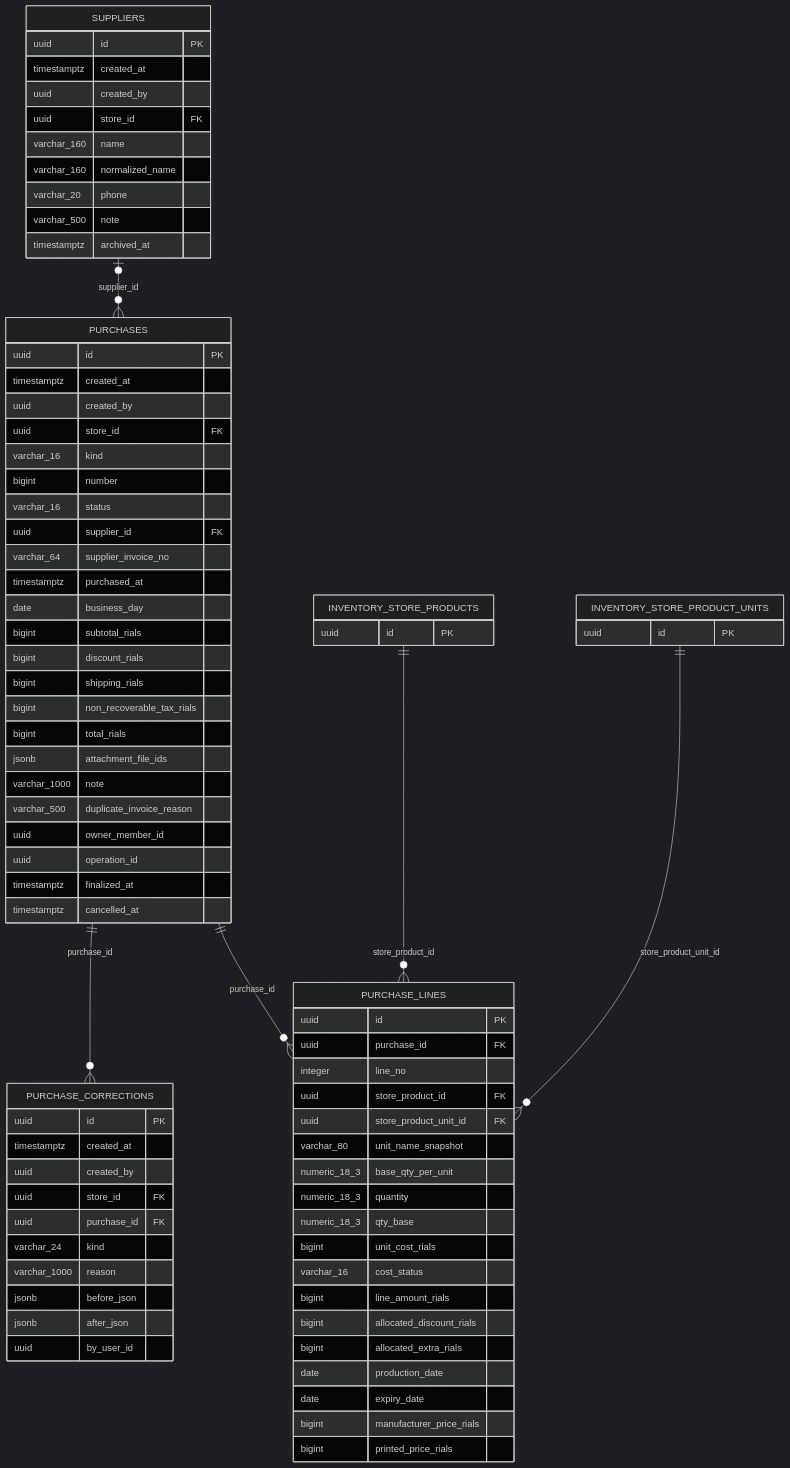
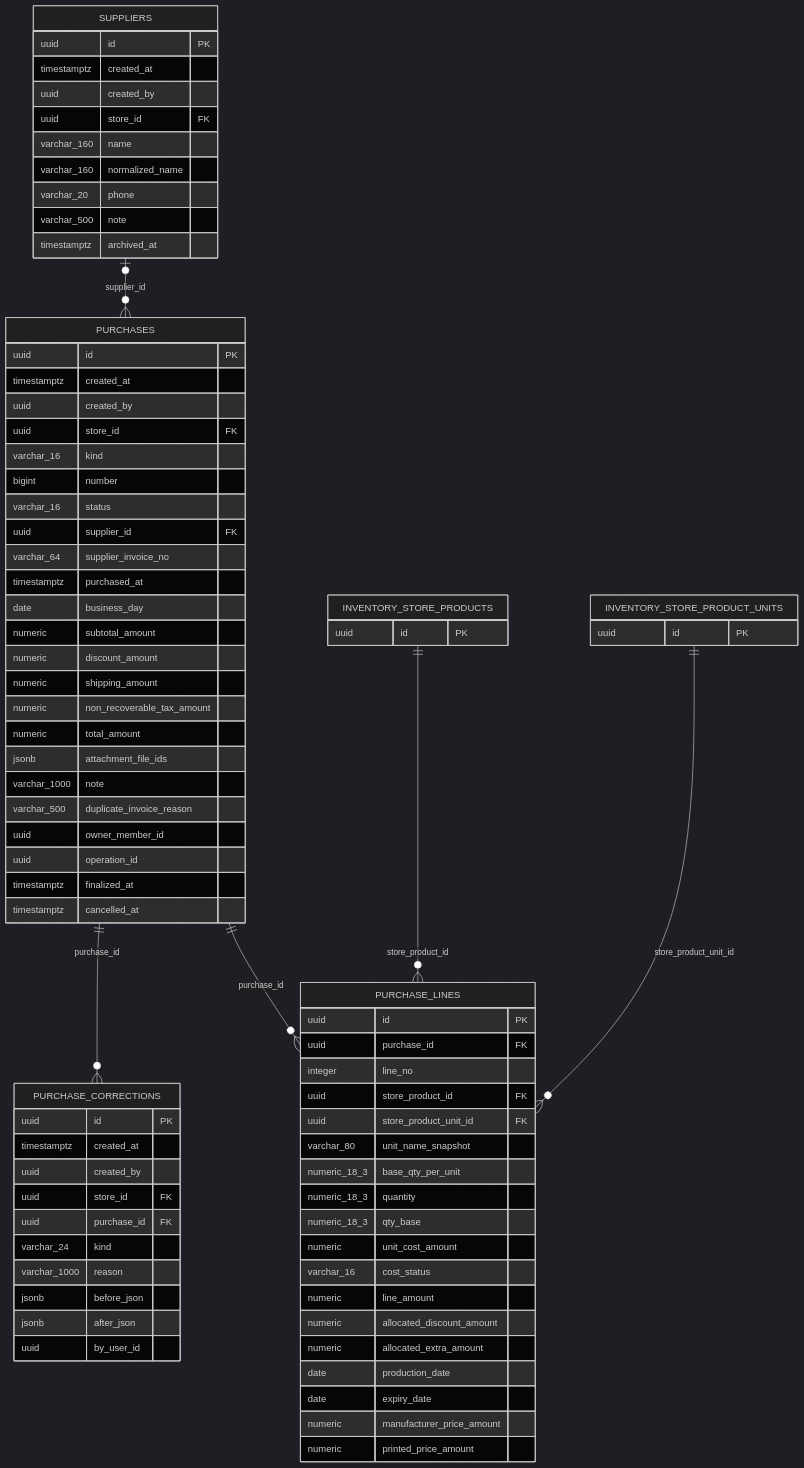
The fifth of 13 diagrams in docs/reference/backend/database.md (arefzamani9971/2kni-front-end), drawn with Mermaid (dark theme) before and after one commit. The commit also changed other lines of this file and 44 other files, not shown here.

````diff
--- a/docs/reference/backend/database.md
+++ b/docs/reference/backend/database.md
@@ -1233,82 +1233,82 @@
 ```mermaid
 erDiagram
     SUPPLIERS {
         uuid id PK
         timestamptz created_at
         uuid created_by
         uuid store_id FK
         varchar_160 name
         varchar_160 normalized_name
         varchar_20 phone
         varchar_500 note
         timestamptz archived_at
     }
     PURCHASES {
         uuid id PK
         timestamptz created_at
         uuid created_by
         uuid store_id FK
         varchar_16 kind
         bigint number
         varchar_16 status
         uuid supplier_id FK
         varchar_64 supplier_invoice_no
         timestamptz purchased_at
         date business_day
-        bigint subtotal_rials
-        bigint discount_rials
-        bigint shipping_rials
-        bigint non_recoverable_tax_rials
-        bigint total_rials
+        numeric subtotal_amount
+        numeric discount_amount
+        numeric shipping_amount
+        numeric non_recoverable_tax_amount
+        numeric total_amount
         jsonb attachment_file_ids
         varchar_1000 note
         varchar_500 duplicate_invoice_reason
         uuid owner_member_id
         uuid operation_id
         timestamptz finalized_at
         timestamptz cancelled_at
     }
     PURCHASE_LINES {
         uuid id PK
         uuid purchase_id FK
         integer line_no
         uuid store_product_id FK
         uuid store_product_unit_id FK
         varchar_80 unit_name_snapshot
         numeric_18_3 base_qty_per_unit
         numeric_18_3 quantity
         numeric_18_3 qty_base
-        bigint unit_cost_rials
+        numeric unit_cost_amount
         varchar_16 cost_status
-        bigint line_amount_rials
-        bigint allocated_discount_rials
-        bigint allocated_extra_rials
+        numeric line_amount
+        numeric allocated_discount_amount
+        numeric allocated_extra_amount
         date production_date
         date expiry_date
-        bigint manufacturer_price_rials
-        bigint printed_price_rials
+        numeric manufacturer_price_amount
+        numeric printed_price_amount
     }
     PURCHASE_CORRECTIONS {
         uuid id PK
         timestamptz created_at
         uuid created_by
         uuid store_id FK
         uuid purchase_id FK
         varchar_24 kind
         varchar_1000 reason
         jsonb before_json
         jsonb after_json
         uuid by_user_id
     }
     INVENTORY_STORE_PRODUCTS {
         uuid id PK
     }
     INVENTORY_STORE_PRODUCT_UNITS {
         uuid id PK
     }
     SUPPLIERS |o--o{ PURCHASES : "supplier_id"
     PURCHASES ||--o{ PURCHASE_LINES : "purchase_id"
     INVENTORY_STORE_PRODUCTS ||--o{ PURCHASE_LINES : "store_product_id"
     INVENTORY_STORE_PRODUCT_UNITS ||--o{ PURCHASE_LINES : "store_product_unit_id"
     PURCHASES ||--o{ PURCHASE_CORRECTIONS : "purchase_id"
 ```
````
